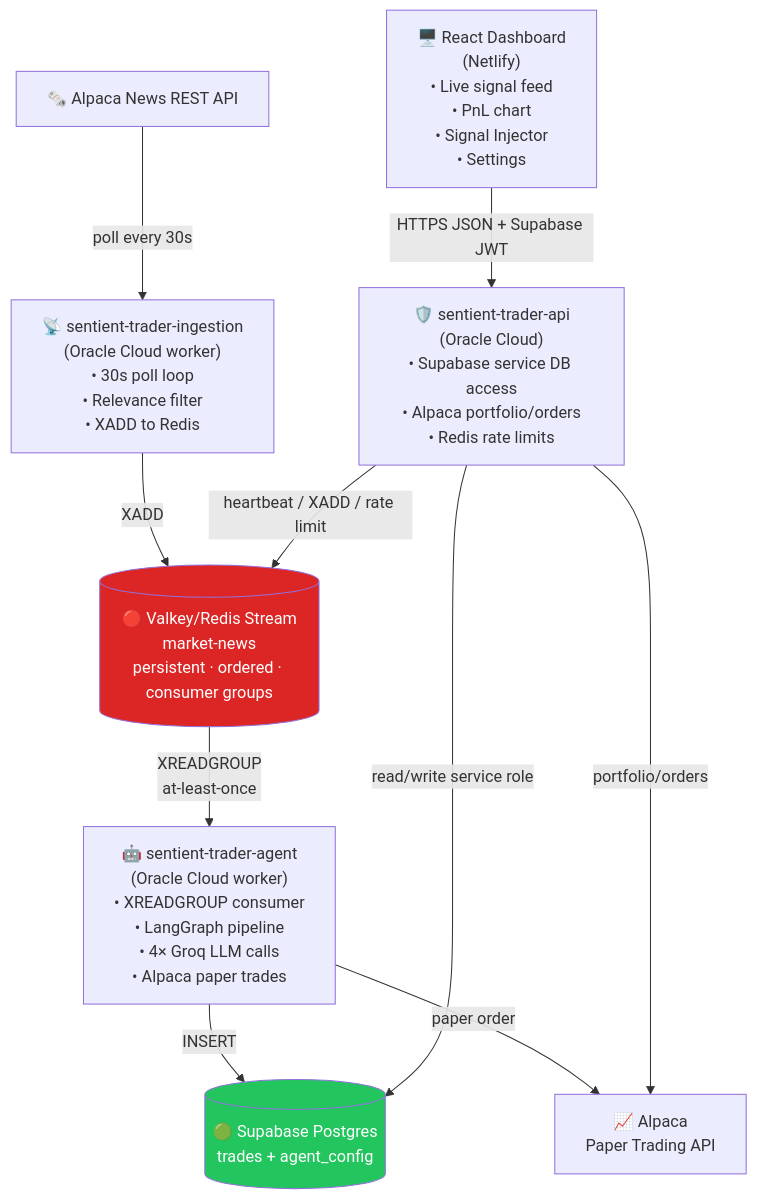
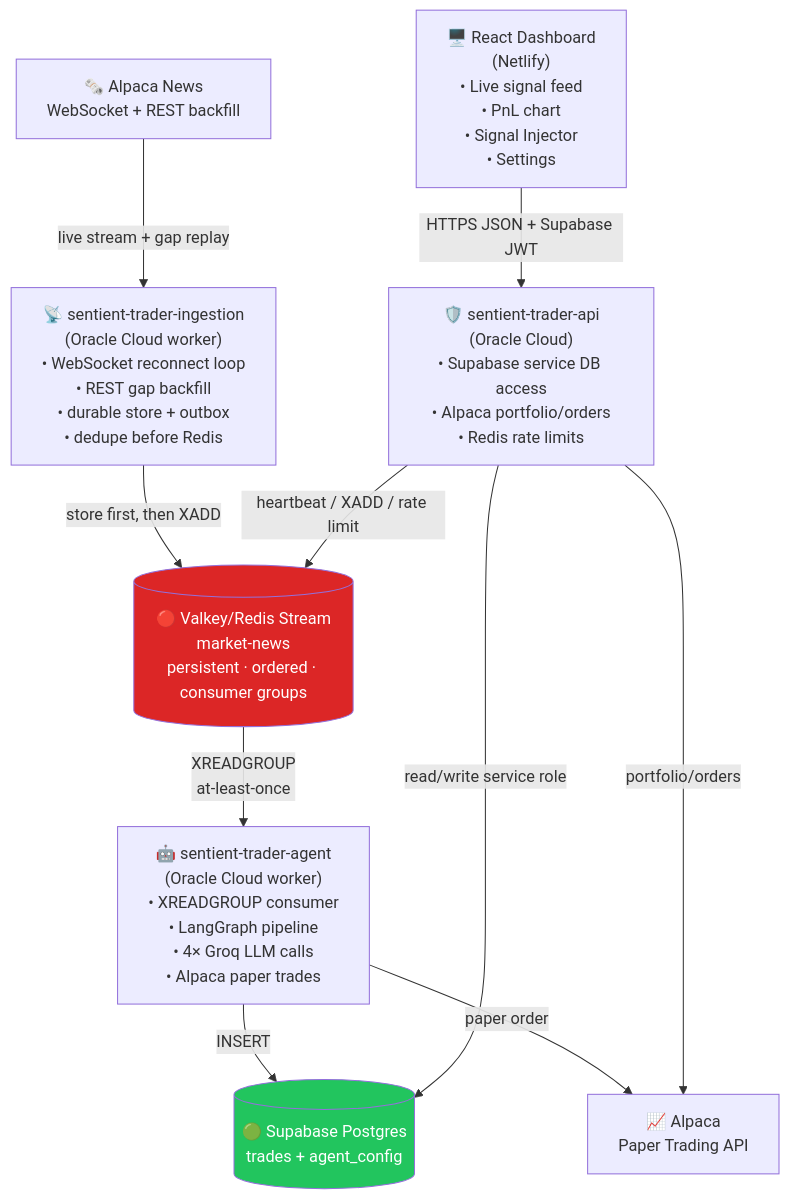
One commit to sundeep-dayalan/sentient-trader changed the first of 4 diagrams in README.md. Above: the diagram before and after it, drawn with Mermaid. The commit also changed other lines of this file and 30 other files, not shown here.

Commit message:
refactor: made ingestion worker solid | consolidate backend infrastructure by introducing shared health tracking and flattening project directory structure.

````diff
--- a/README.md
+++ b/README.md
@@ -46,24 +46,24 @@
 ```mermaid
 graph TD
-    A["🗞️ Alpaca News REST API"]
-    B["📡 sentient-trader-ingestion\n(Oracle Cloud worker)\n• 30s poll loop\n• Relevance filter\n• XADD to Redis"]
+    A["🗞️ Alpaca News\nWebSocket + REST backfill"]
+    B["📡 sentient-trader-ingestion\n(Oracle Cloud worker)\n• WebSocket reconnect loop\n• REST gap backfill\n• durable store + outbox\n• dedupe before Redis"]
     C[("🔴 Valkey/Redis Stream\nmarket-news\npersistent · ordered · consumer groups")]
     D["🤖 sentient-trader-agent\n(Oracle Cloud worker)\n• XREADGROUP consumer\n• LangGraph pipeline\n• 4× Groq LLM calls\n• Alpaca paper trades"]
     E[("🟢 Supabase Postgres\ntrades + agent_config")]
     F["🖥️ React Dashboard\n(Netlify)\n• Live signal feed\n• PnL chart\n• Signal Injector\n• Settings"]
     G["📈 Alpaca\nPaper Trading API"]
     H["🛡️ sentient-trader-api\n(Oracle Cloud)\n• Supabase service DB access\n• Alpaca portfolio/orders\n• Redis rate limits"]
 
-    A -->|"poll every 30s"| B
-    B -->|"XADD"| C
+    A -->|"live stream + gap replay"| B
+    B -->|"store first, then XADD"| C
     C -->|"XREADGROUP\nat-least-once"| D
     D -->|"INSERT"| E
     D -->|"paper order"| G
     F -->|"HTTPS JSON + Supabase JWT"| H
     H -->|"read/write service role"| E
     H -->|"portfolio/orders"| G
     H -->|"heartbeat / XADD / rate limit"| C
 
     style C fill:#dc2626,color:#fff
     style E fill:#22c55e,color:#fff
 ```
````
